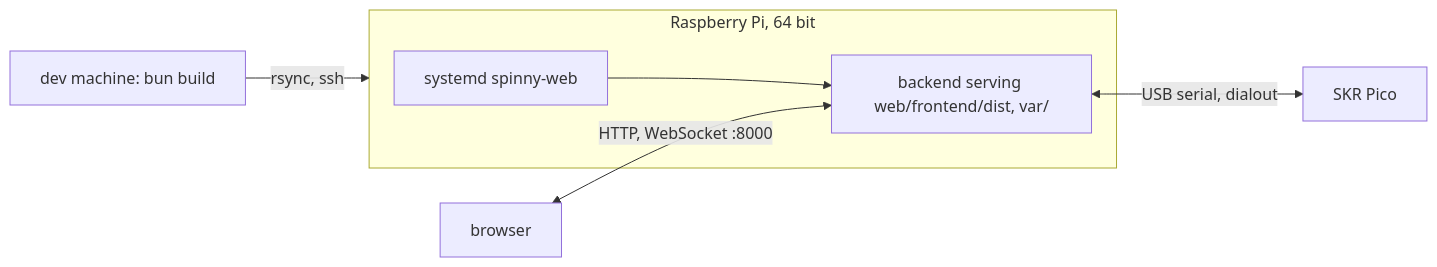
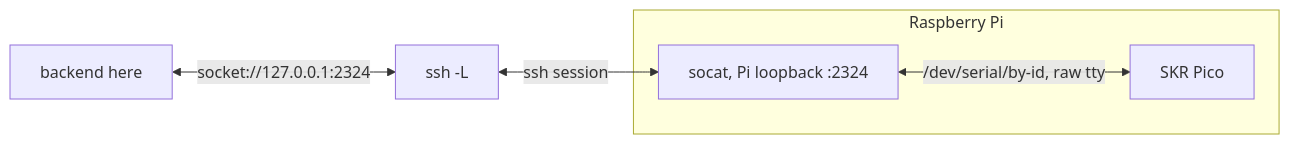
Before and after one commit to tmpk13/spinny-cnc: the second of 2 diagrams in docs/ARCHITECTURE.md, drawn with Mermaid. The commit also changed other lines of this file and 5 other files, not shown here.

````diff
--- a/docs/ARCHITECTURE.md
+++ b/docs/ARCHITECTURE.md
@@ -61,9 +61,8 @@
 ```mermaid
 flowchart LR
-    PC[dev machine: bun build] -->|rsync, ssh| PI
-    subgraph PI[Raspberry Pi, 64 bit]
-        SVC[systemd spinny-web] --> BE2[backend serving web/frontend/dist, var/]
+    BE2[backend here] <-->|socket://127.0.0.1:2324| SSH[ssh -L]
+    SSH <-->|ssh session| SOC
+    subgraph PI[Raspberry Pi]
+        SOC[socat, Pi loopback :2324] <-->|/dev/serial/by-id, raw tty| BOARD[SKR Pico]
     end
-    BE2 <-->|USB serial, dialout| BOARD[SKR Pico]
-    BR[browser] <-->|HTTP, WebSocket :8000| BE2
 ```
````
